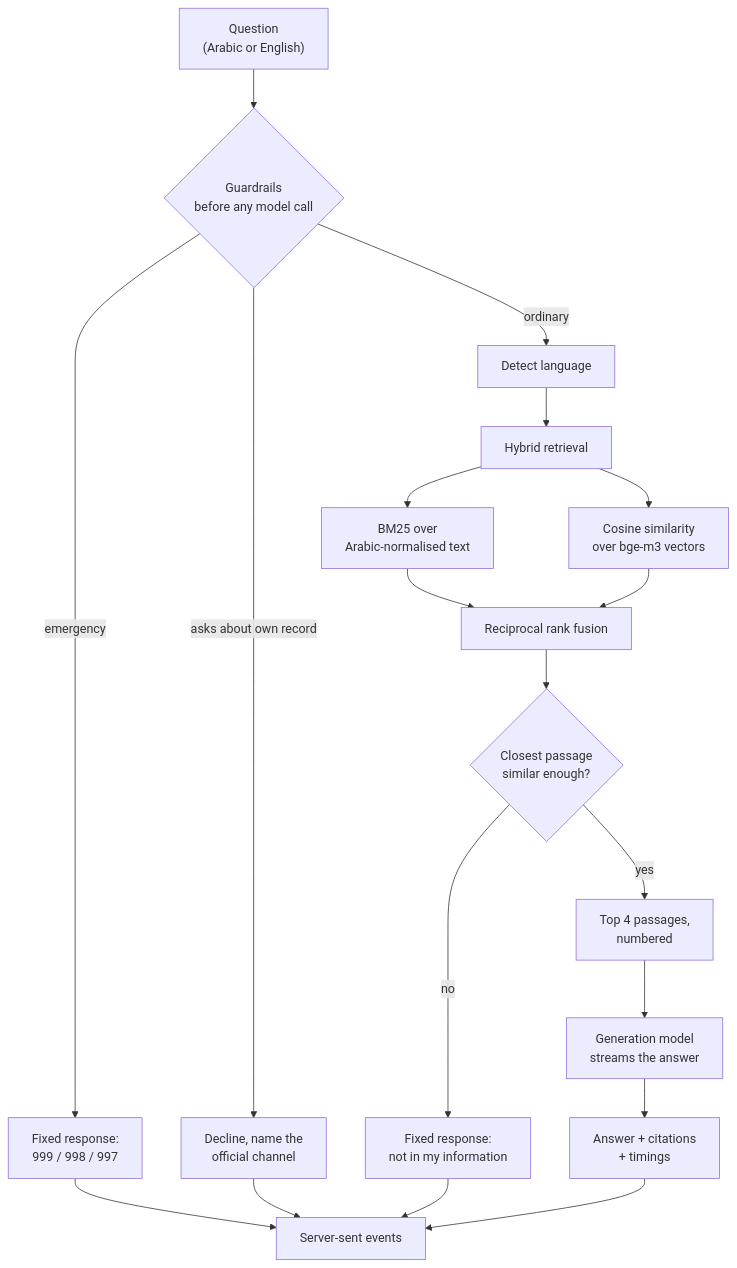
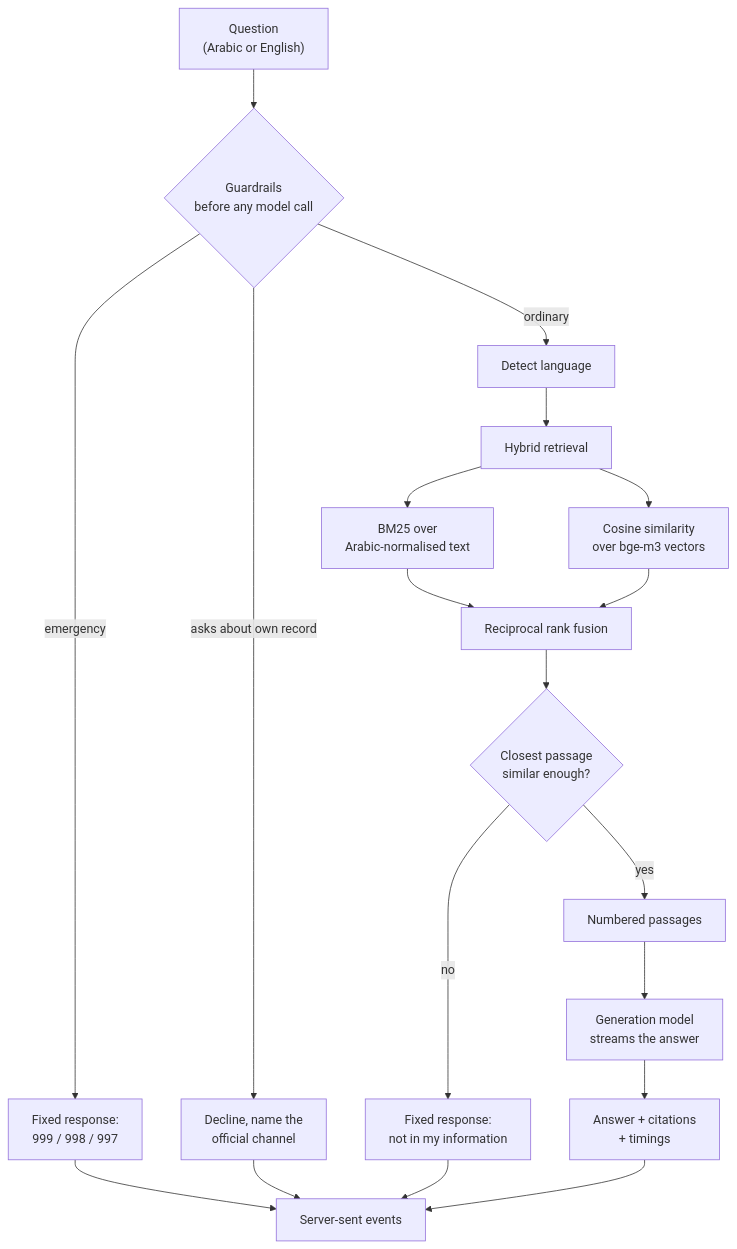
One commit to Only-A7med/shurta-assistant changed the diagram in docs/architecture.md. Above: the diagram before and after it, drawn with Mermaid. The commit also changed other lines of this file and 26 other files, not shown here.

First line of the commit message:
docs: shorten the comments and tighten the architecture document

````diff
--- a/docs/architecture.md
+++ b/docs/architecture.md
@@ -18,25 +17,25 @@
 ```mermaid
 flowchart TD
     Q["Question<br/>(Arabic or English)"] --> G{"Guardrails<br/>before any model call"}
 
     G -->|emergency| E["Fixed response:<br/>999 / 998 / 997"]
     G -->|"asks about own record"| P["Decline, name the<br/>official channel"]
     G -->|ordinary| N["Detect language"]
 
     N --> R["Hybrid retrieval"]
     R --> B["BM25 over<br/>Arabic-normalised text"]
     R --> D["Cosine similarity<br/>over bge-m3 vectors"]
     B --> F["Reciprocal rank fusion"]
     D --> F
     F --> T{"Closest passage<br/>similar enough?"}
 
     T -->|no| X["Fixed response:<br/>not in my information"]
-    T -->|yes| C["Top 4 passages,<br/>numbered"]
+    T -->|yes| C["Numbered passages"]
     C --> M["Generation model<br/>streams the answer"]
     M --> A["Answer + citations<br/>+ timings"]
 
     E --> OUT["Server-sent events"]
     P --> OUT
     X --> OUT
     A --> OUT
 ```
````
